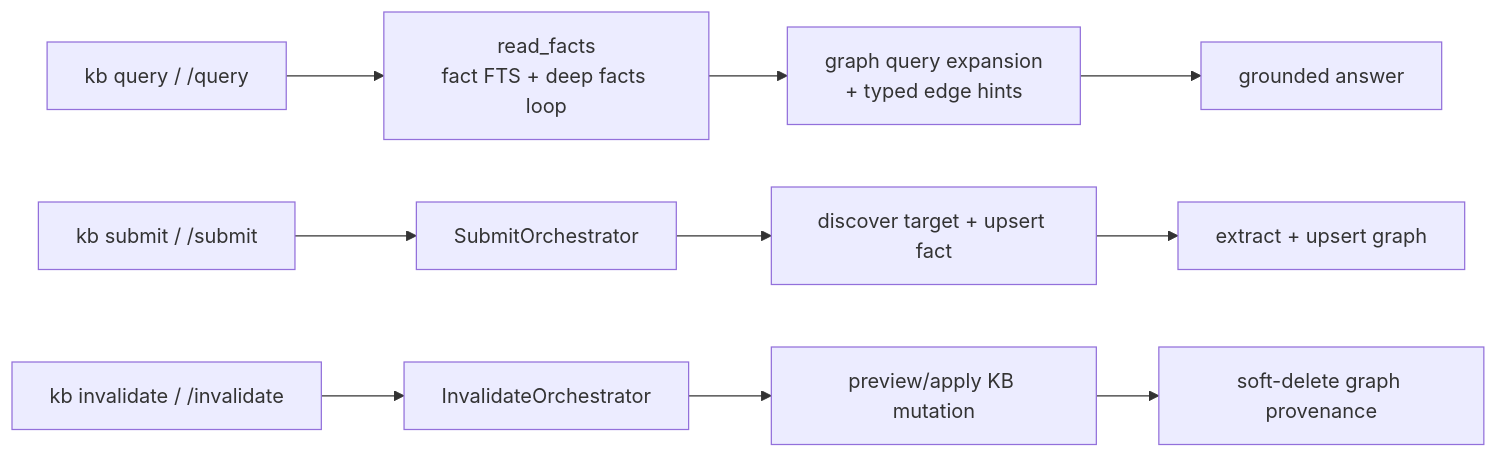
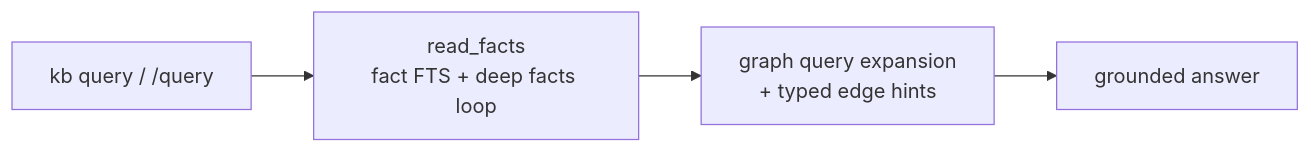
Before and after one commit to rosenjcb/kb: the first of 2 diagrams in src/core/AGENT_LOOP.md, drawn with Mermaid. The commit also changed other lines of this file and 44 other files, not shown here.

Commit message:
Removed submit and invalidate

````diff
--- a/src/core/AGENT_LOOP.md
+++ b/src/core/AGENT_LOOP.md
@@ -23,14 +21,6 @@
 ```mermaid
 flowchart LR
   Q["kb query / /query"] --> R["read_facts\nfact FTS + deep facts loop"]
   R --> G["graph query expansion\n+ typed edge hints"]
   G --> A["grounded answer"]
-
-  S["kb submit / /submit"] --> SO["SubmitOrchestrator"]
-  SO --> W["discover target + upsert fact"]
-  W --> SG["extract + upsert graph"]
-
-  I["kb invalidate / /invalidate"] --> IO["InvalidateOrchestrator"]
-  IO --> P["preview/apply KB mutation"]
-  P --> IG["soft-delete graph provenance"]
 ```
````
